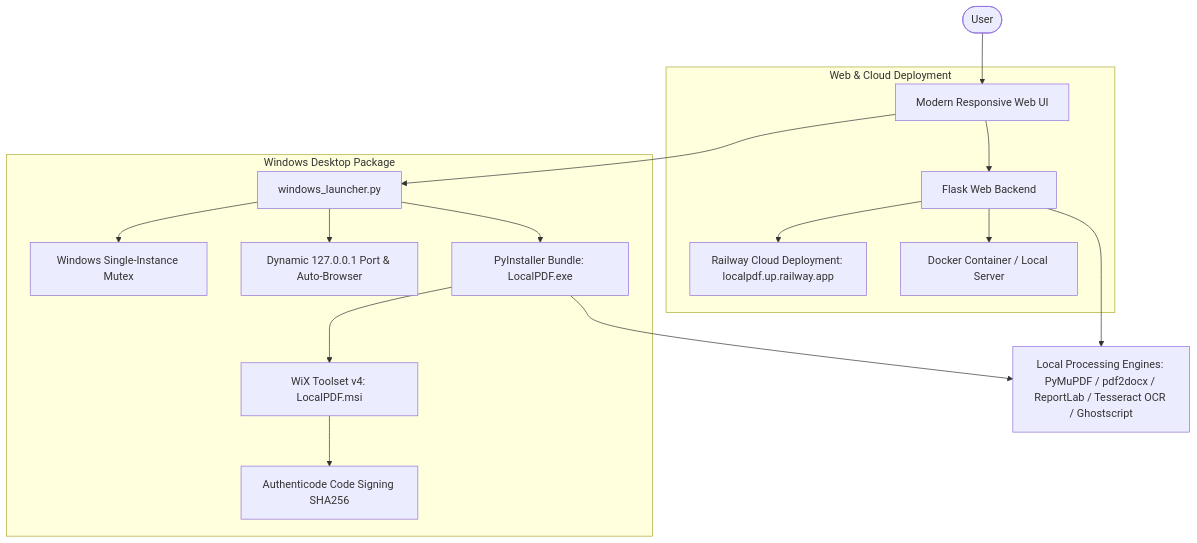
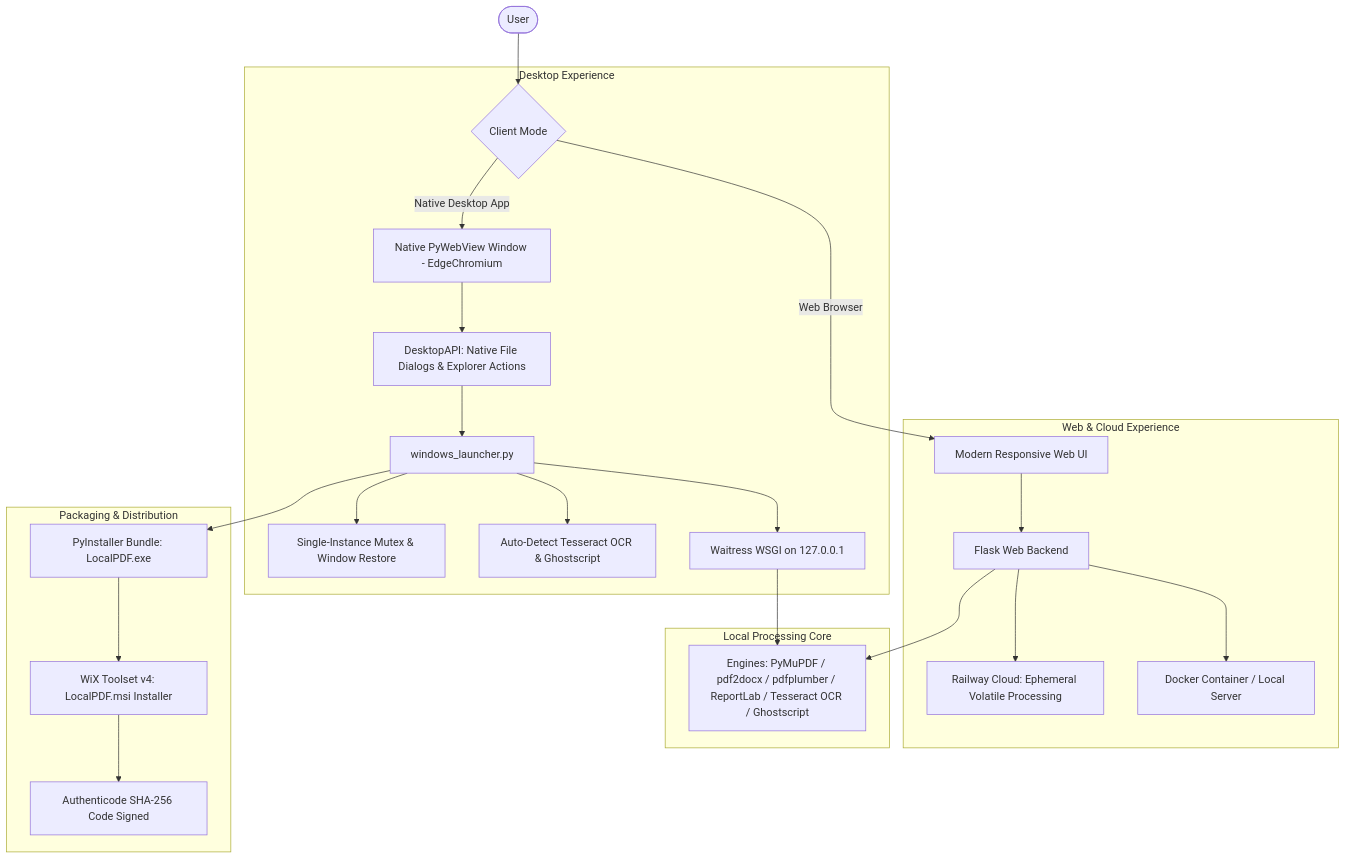
One commit to JoadsonRocha/localpdf.io changed the diagram in README.md. Above: the diagram before and after it, drawn with Mermaid. The commit also changed other lines of this file and 2 other files, not shown here.

````diff
--- a/README.md
+++ b/README.md
@@ -99,22 +108,33 @@
 ```mermaid
 graph TD
-    User([User]) --> WebUI[Modern Responsive Web UI]
+    User([User]) --> InterfaceChoice{Client Mode}
     
-    subgraph Web & Cloud Deployment
+    subgraph Desktop Experience
+        InterfaceChoice -->|Native Desktop App| PyWebView[Native PyWebView Window - EdgeChromium]
+        PyWebView --> DesktopAPI[DesktopAPI: Native File Dialogs & Explorer Actions]
+        DesktopAPI --> WinLauncher[windows_launcher.py]
+        WinLauncher --> Mutex[Single-Instance Mutex & Window Restore]
+        WinLauncher --> NativeDep[Auto-Detect Tesseract OCR & Ghostscript]
+        WinLauncher --> WaitressWSGI[Waitress WSGI on 127.0.0.1]
+    end
+
+    subgraph Web & Cloud Experience
+        InterfaceChoice -->|Web Browser| WebUI[Modern Responsive Web UI]
         WebUI --> FlaskApp[Flask Web Backend]
-        FlaskApp --> Railway[Railway Cloud Deployment: localpdf.up.railway.app]
+        FlaskApp --> Railway[Railway Cloud: Ephemeral Volatile Processing]
         FlaskApp --> DockerEnv[Docker Container / Local Server]
     end
 
-    subgraph Windows Desktop Package
-        WebUI --> WinLauncher[windows_launcher.py]
-        WinLauncher --> Mutex[Windows Single-Instance Mutex]
-        WinLauncher --> LocalPort[Dynamic 127.0.0.1 Port & Auto-Browser]
-        WinLauncher --> PyInstaller[PyInstaller Bundle: LocalPDF.exe]
-        PyInstaller --> WiX[WiX Toolset v4: LocalPDF.msi]
-        WiX --> SignedRelease[Authenticode Code Signing SHA256]
+    WaitressWSGI --> ProcessingEngines
+    FlaskApp --> ProcessingEngines
+
+    subgraph Local Processing Core
+        ProcessingEngines[Engines: PyMuPDF / pdf2docx / pdfplumber / ReportLab / Tesseract OCR / Ghostscript]
     end
 
-    FlaskApp --> Engines[Local Processing Engines: PyMuPDF / pdf2docx / ReportLab / Tesseract OCR / Ghostscript]
-    PyInstaller --> Engines
+    subgraph Packaging & Distribution
+        WinLauncher --> PyInstaller[PyInstaller Bundle: LocalPDF.exe]
+        PyInstaller --> WiX[WiX Toolset v4: LocalPDF.msi Installer]
+        WiX --> SignedRelease[Authenticode SHA-256 Code Signed]
+    end
 ```
````
